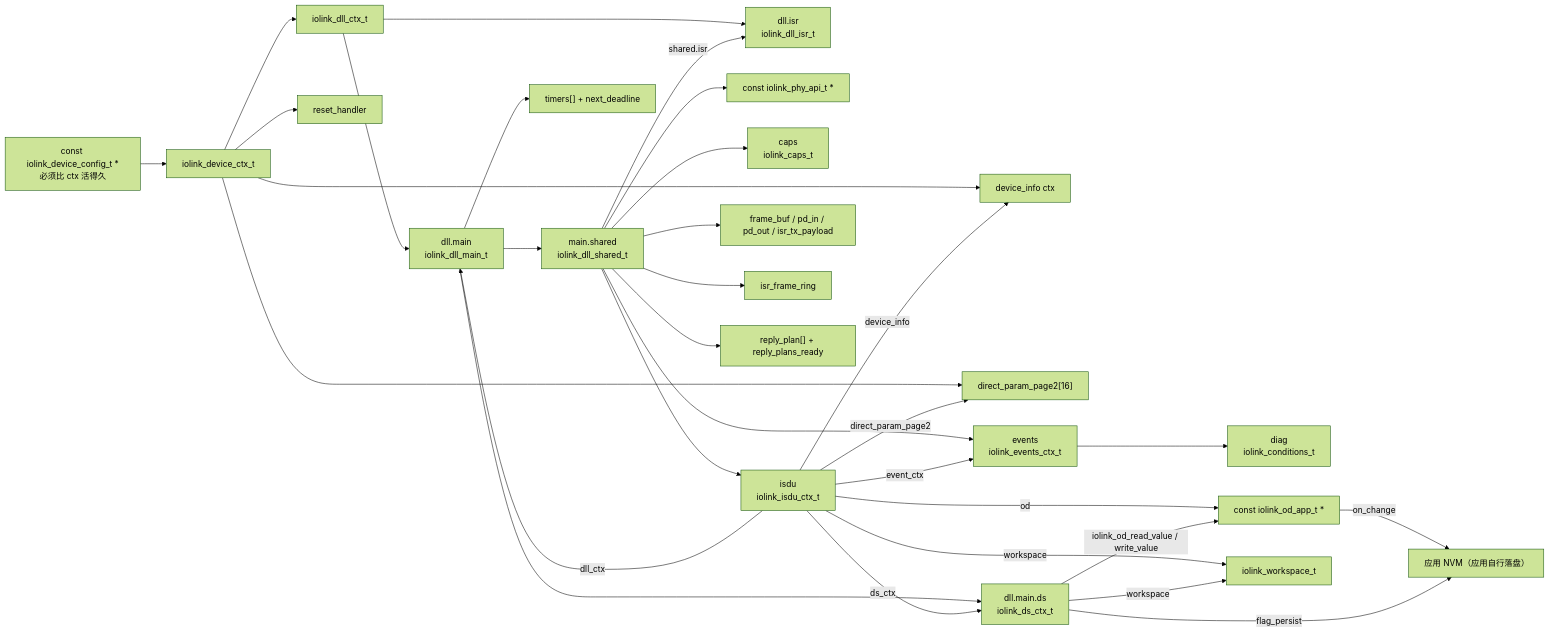
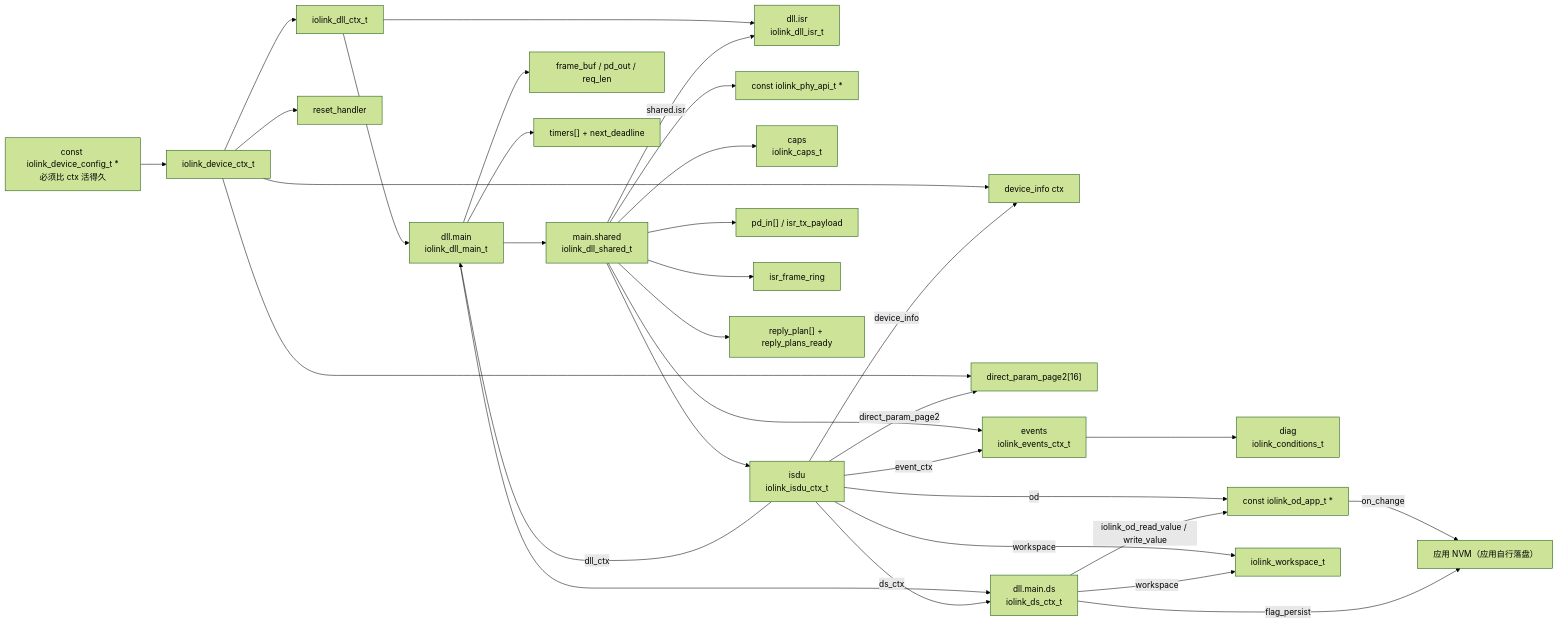
One commit to Adlyq/iolinki changed the second of 17 diagrams in docs/CODE_FLOW.md. Above: the diagram before and after it, drawn with Mermaid (forest theme). The commit also changed other lines of this file, not shown here.

First line of the commit message:
docs(flow): split topology buffers and fix callback call sites

````diff
--- a/docs/CODE_FLOW.md
+++ b/docs/CODE_FLOW.md
@@ -163,36 +163,37 @@
 ```mermaid
 flowchart LR
     CFG["const iolink_device_config_t *<br/>必须比 ctx 活得久"] --> DEV["iolink_device_ctx_t"]
     DEV --> DLL["iolink_dll_ctx_t"]
     DEV --> DI["device_info ctx"]
     DEV --> RH["reset_handler"]
     DEV --> P2["direct_param_page2[16]"]
 
     DLL --> MAIN["dll.main<br/>iolink_dll_main_t"]
     DLL --> ISR["dll.isr<br/>iolink_dll_isr_t"]
     MAIN --> SH["main.shared<br/>iolink_dll_shared_t"]
     SH -->|"shared.isr"| ISR
 
     SH --> PHY["const iolink_phy_api_t *"]
     SH --> CAP["caps<br/>iolink_caps_t"]
     SH --> ISDU["isdu<br/>iolink_isdu_ctx_t"]
     SH --> EV["events<br/>iolink_events_ctx_t"]
-    SH --> BUF["frame_buf / pd_in / pd_out / isr_tx_payload"]
+    SH --> BUF["pd_in[] / isr_tx_payload"]
     SH --> RING["isr_frame_ring"]
     SH --> PLAN["reply_plan[] + reply_plans_ready"]
     MAIN --> DS["dll.main.ds<br/>iolink_ds_ctx_t"]
+    MAIN --> FB["frame_buf / pd_out / req_len"]
     MAIN --> TMR["timers[] + next_deadline"]
     EV --> COND["diag<br/>iolink_conditions_t"]
 
     ISDU -->|ds_ctx| DS
     ISDU -->|event_ctx| EV
     ISDU -->|dll_ctx| MAIN
     ISDU -->|od| OD["const iolink_od_app_t *"]
     ISDU -->|device_info| DI
     ISDU -->|direct_param_page2| P2
     ISDU -->|workspace| WS["iolink_workspace_t"]
     DS -->|workspace| WS
     DS -->|"iolink_od_read_value / write_value"| OD
     OD -->|"on_change"| NVM["应用 NVM（应用自行落盘）"]
     DS -->|flag_persist| NVM
 ```
````
